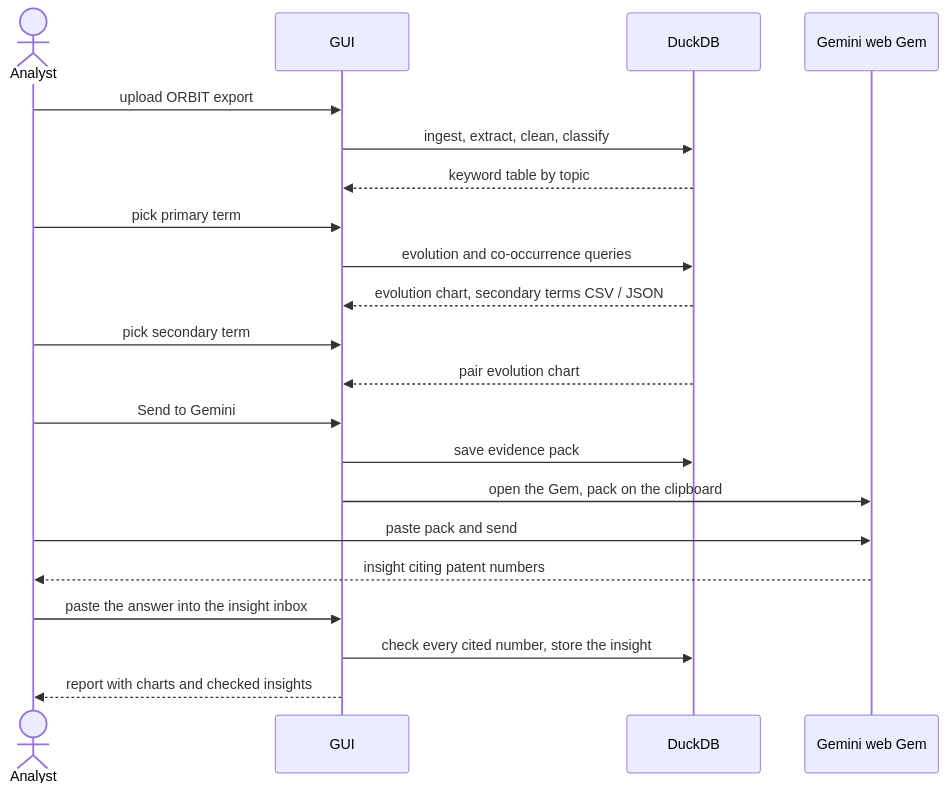
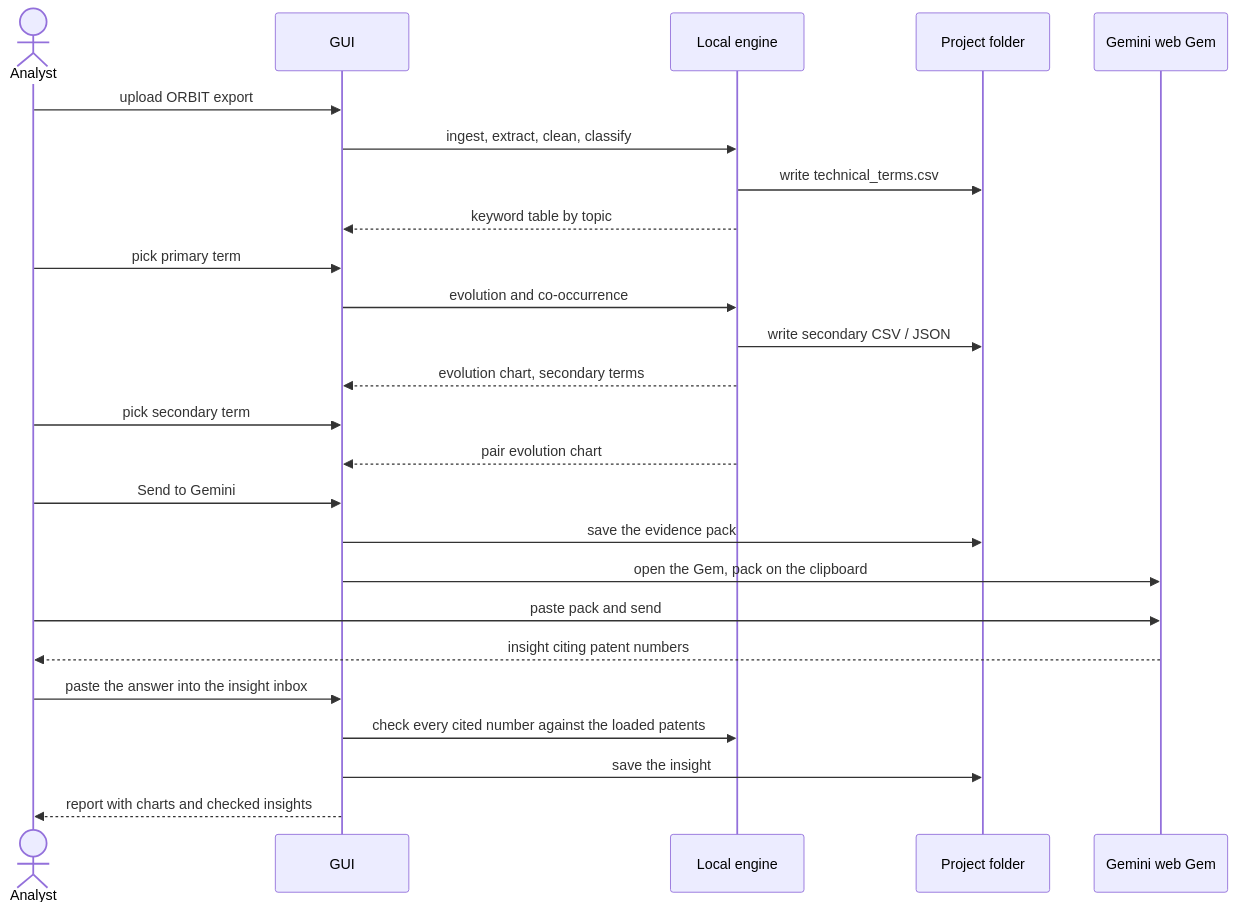
The third of 3 diagrams in ARCHITECTURE.md (szed0/random), drawn with Mermaid before and after one commit. The commit also changed other lines of this file, not shown here.

First line of the commit message:
Drop the database from the architecture

````diff
--- a/ARCHITECTURE.md
+++ b/ARCHITECTURE.md
@@ -134,24 +159,28 @@
 ```mermaid
 sequenceDiagram
     actor A as Analyst
     participant G as GUI
-    participant D as DuckDB
+    participant E as Local engine
+    participant F as Project folder
     participant W as Gemini web Gem
 
     A->>G: upload ORBIT export
-    G->>D: ingest, extract, clean, classify
-    D-->>G: keyword table by topic
+    G->>E: ingest, extract, clean, classify
+    E->>F: write technical_terms.csv
+    E-->>G: keyword table by topic
     A->>G: pick primary term
-    G->>D: evolution and co-occurrence queries
-    D-->>G: evolution chart, secondary terms CSV / JSON
+    G->>E: evolution and co-occurrence
+    E->>F: write secondary CSV / JSON
+    E-->>G: evolution chart, secondary terms
     A->>G: pick secondary term
-    D-->>G: pair evolution chart
+    E-->>G: pair evolution chart
     A->>G: Send to Gemini
-    G->>D: save evidence pack
+    G->>F: save the evidence pack
     G->>W: open the Gem, pack on the clipboard
     A->>W: paste pack and send
     W-->>A: insight citing patent numbers
     A->>G: paste the answer into the insight inbox
-    G->>D: check every cited number, store the insight
+    G->>E: check every cited number against the loaded patents
+    G->>F: save the insight
     G-->>A: report with charts and checked insights
 ```
````
